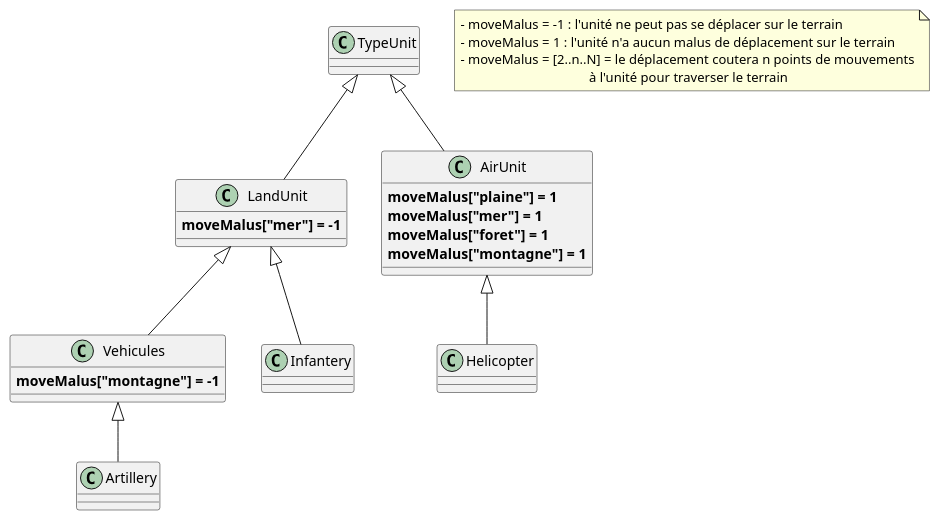
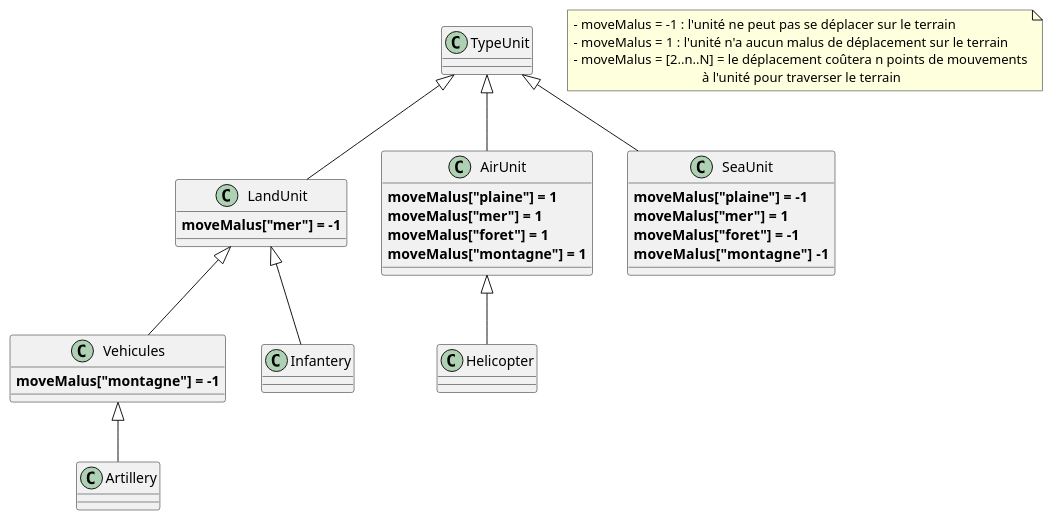
One commit to Crni-Bombarder/Retarded_Peace changed the diagram in uml/class_diagrams/units_legacy.puml. Above: the diagram before and after it, drawn with PlantUML. The commit also changed 1 other file, not shown here.

Commit message:
modified units legacy diagram

```diff
--- a/uml/class_diagrams/units_legacy.puml
+++ b/uml/class_diagrams/units_legacy.puml
@@ -1,44 +1,52 @@
 @startuml
 
 class TypeUnit {
 }
 
 class LandUnit {
 <b>moveMalus["mer"] = -1</b>
 }
 
 class AirUnit {
 <b>moveMalus["plaine"] = 1</b>
 <b>moveMalus["mer"] = 1</b>
 <b>moveMalus["foret"] = 1</b>
 <b>moveMalus["montagne"] = 1</b>
+}
+
+class SeaUnit{
+<b>moveMalus["plaine"] = -1</b>
+<b>moveMalus["mer"] = 1</b>
+<b>moveMalus["foret"] = -1</b>
+<b>moveMalus["montagne"]  -1</b>
 }
 
 class Vehicules {
 <b>moveMalus["montagne"] = -1</b>
 }
 
 class Infantery {
 }
 
 class Artillery {
 }
 
 class Helicopter {
 }
 
 TypeUnit <|-- LandUnit
 TypeUnit <|-- AirUnit
+TypeUnit <|-- SeaUnit
 LandUnit <|-- Vehicules
 LandUnit <|-- Infantery
 Vehicules <|-- Artillery
 AirUnit <|-- Helicopter
 
 note as reminder
     - moveMalus = -1 : l'unité ne peut pas se déplacer sur le terrain
     - moveMalus = 1 : l'unité n'a aucun malus de déplacement sur le terrain
-    - moveMalus = [2..n..N] = le déplacement coutera n points de mouvements
+    - moveMalus = [2..n..N] = le déplacement coûtera n points de mouvements
                                           à l'unité pour traverser le terrain
 end note
 
 @enduml
```
